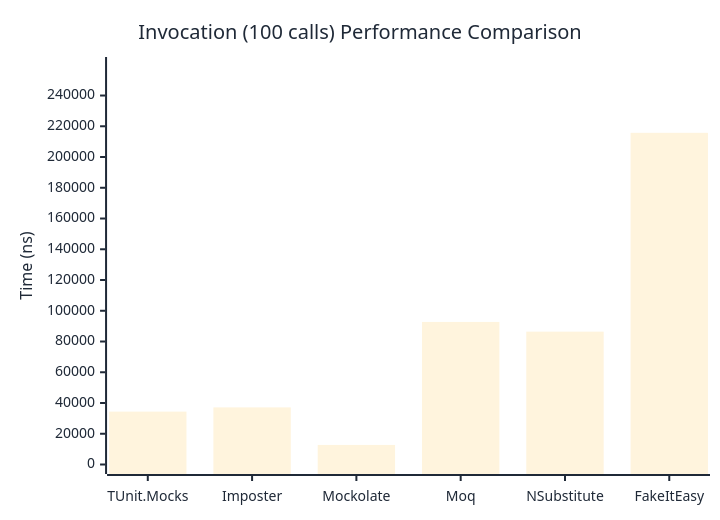
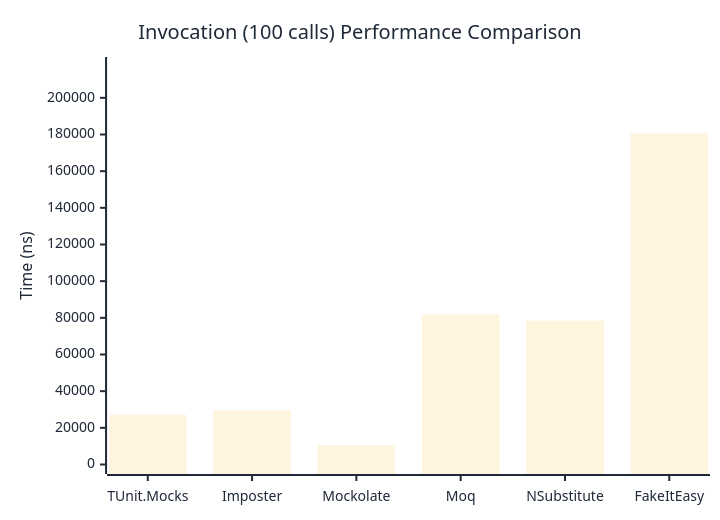
Before and after one commit to thomhurst/TUnit: the third of 3 diagrams in docs/docs/benchmarks/mocks/Invocation.md, drawn with Mermaid. The commit also changed other lines of this file and 14 other files, not shown here.

````diff
--- a/docs/docs/benchmarks/mocks/Invocation.md
+++ b/docs/docs/benchmarks/mocks/Invocation.md
@@ -112,27 +112,27 @@
 ```mermaid
 %%{init: {
   'theme':'base',
   'themeVariables': {
     'primaryColor': '#2563eb',
     'primaryTextColor': '#1f2937',
     'primaryBorderColor': '#1e40af',
     'lineColor': '#6b7280',
     'secondaryColor': '#7c3aed',
     'tertiaryColor': '#dc2626',
     'background': '#ffffff',
     'pie1': '#2563eb',
     'pie2': '#7c3aed',
     'pie3': '#dc2626',
     'pie4': '#f59e0b',
     'pie5': '#10b981',
     'pie6': '#06b6d4',
     'pie7': '#ec4899',
     'pie8': '#6366f1'
   }
 }}%%
 xychart-beta
   title "Invocation (100 calls) Performance Comparison"
   x-axis ["TUnit.Mocks", "Imposter", "Mockolate", "Moq", "NSubstitute", "FakeItEasy"]
-  y-axis "Time (ns)" 0 --> 258880
-  bar [34402.6, 37140.5, 12722.5, 92729.7, 86422.2, 215733.2]
+  y-axis "Time (ns)" 0 --> 217092
+  bar [27197.04, 29626.24, 10650.13, 81925.87, 78467.19, 180909.77]
 ```
````
